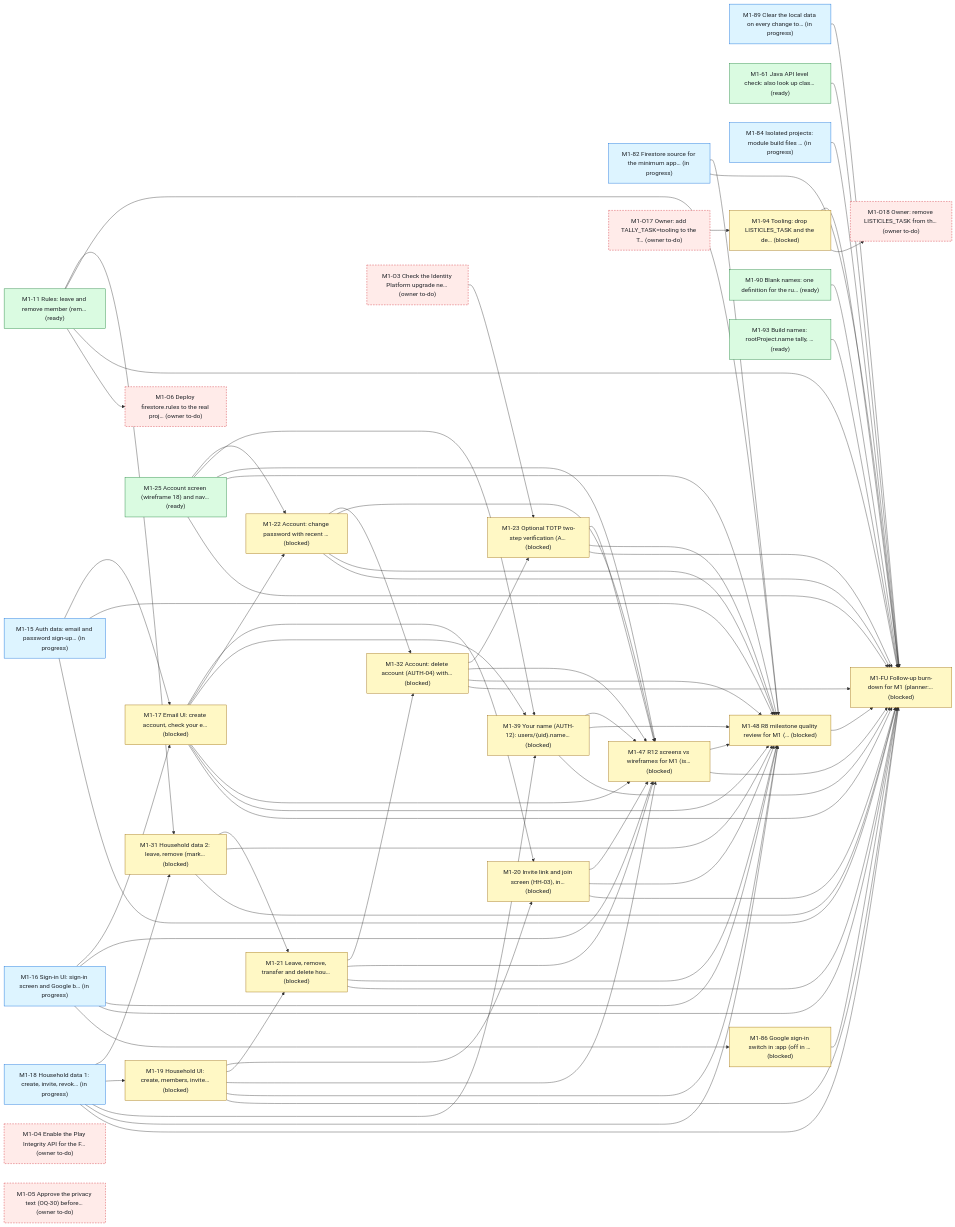
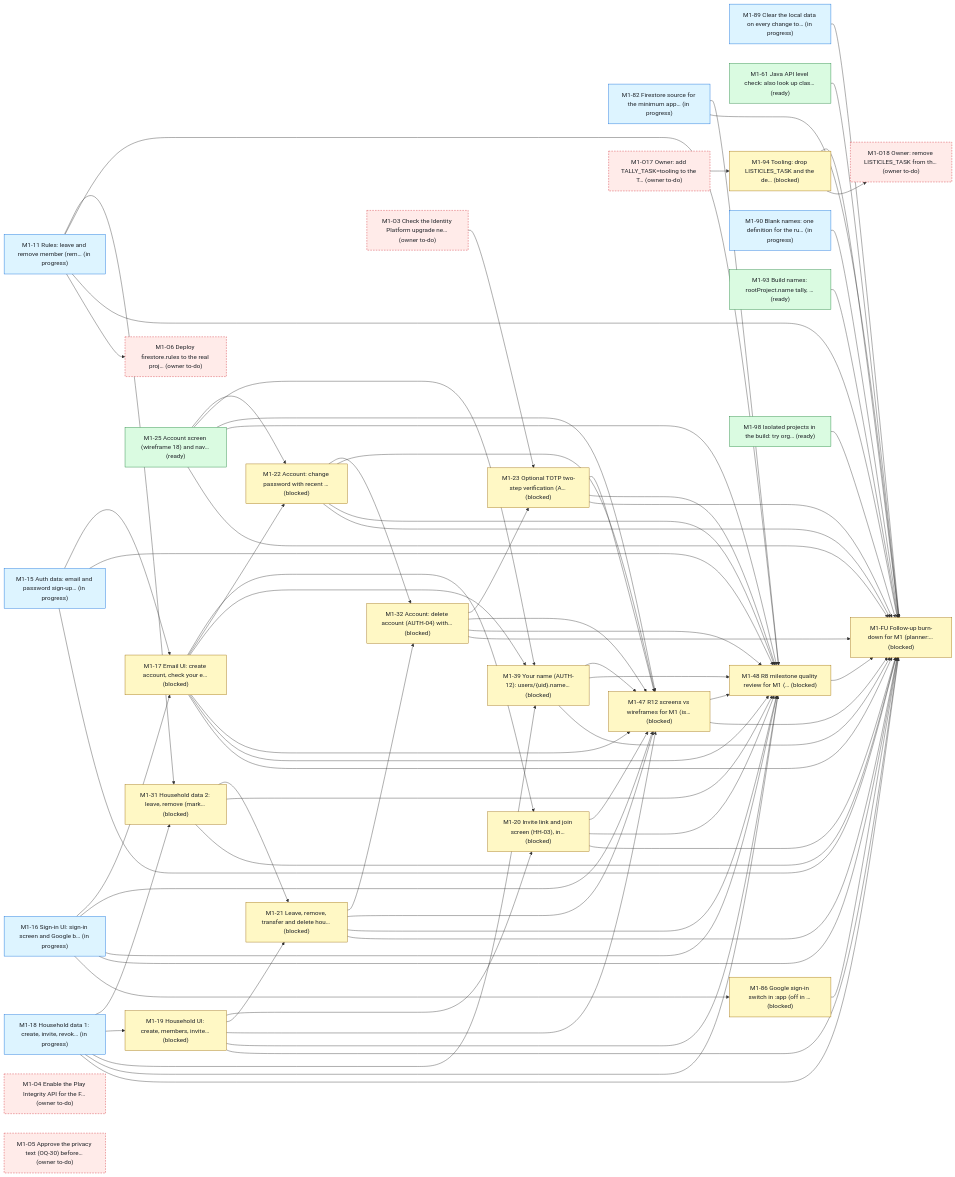
One commit to bondo/listicles2 changed the first of 4 diagrams in status.md. Above: the diagram before and after it, drawn with Mermaid. The commit also changed other lines of this file and 3 other files, not shown here.

````diff
--- a/status.md
+++ b/status.md
@@ -239,6 +240,6 @@
 ```mermaid
 flowchart LR
-    n0["M1-11 Rules: leave and remove member (rem… (ready)"]:::ready
+    n0["M1-11 Rules: leave and remove member (rem… (in progress)"]:::progress
     n1["M1-82 Firestore source for the minimum app… (in progress)"]:::progress
     n2["M1-89 Clear the local data on every change to… (in progress)"]:::progress
     n3["M1-15 Auth data: email and password sign-up… (in progress)"]:::progress
@@ -255,18 +256,18 @@
     n14["M1-25 Account screen (wireframe 18) and nav… (ready)"]:::ready
     n15["M1-61 Java API level check: also look up clas… (ready)"]:::ready
     n16["M1-39 Your name (AUTH-12): users/{uid}.name… (blocked)"]:::blocked
-    n17["M1-84 Isolated projects: module build files … (in progress)"]:::progress
-    n18["M1-47 R12 screens vs wireframes for M1 (is… (blocked)"]:::blocked
-    n19["M1-48 R8 milestone quality review for M1 (… (blocked)"]:::blocked
-    n20["M1-FU Follow-up burn-down for M1 (planner:… (blocked)"]:::blocked
-    n21["M1-O3 Check the Identity Platform upgrade ne… (owner to-do)"]:::owner
-    n22["M1-O4 Enable the Play Integrity API for the F… (owner to-do)"]:::owner
-    n23["M1-O5 Approve the privacy text (OQ-30) before… (owner to-do)"]:::owner
-    n24["M1-O6 Deploy firestore.rules to the real proj… (owner to-do)"]:::owner
-    n25["M1-86 Google sign-in switch in :app (off in … (blocked)"]:::blocked
-    n26["M1-90 Blank names: one definition for the ru… (ready)"]:::ready
-    n27["M1-93 Build names: rootProject.name tally, … (ready)"]:::ready
-    n28["M1-94 Tooling: drop LISTICLES_TASK and the de… (blocked)"]:::blocked
+    n17["M1-47 R12 screens vs wireframes for M1 (is… (blocked)"]:::blocked
+    n18["M1-48 R8 milestone quality review for M1 (… (blocked)"]:::blocked
+    n19["M1-FU Follow-up burn-down for M1 (planner:… (blocked)"]:::blocked
+    n20["M1-O3 Check the Identity Platform upgrade ne… (owner to-do)"]:::owner
+    n21["M1-O4 Enable the Play Integrity API for the F… (owner to-do)"]:::owner
+    n22["M1-O5 Approve the privacy text (OQ-30) before… (owner to-do)"]:::owner
+    n23["M1-O6 Deploy firestore.rules to the real proj… (owner to-do)"]:::owner
+    n24["M1-86 Google sign-in switch in :app (off in … (blocked)"]:::blocked
+    n25["M1-90 Blank names: one definition for the ru… (in progress)"]:::progress
+    n26["M1-93 Build names: rootProject.name tally, … (ready)"]:::ready
+    n27["M1-94 Tooling: drop LISTICLES_TASK and the de… (blocked)"]:::blocked
+    n28["M1-98 Isolated projects in the build: try org… (ready)"]:::ready
     n29["M1-O17 Owner: add TALLY_TASK=tooling to the T… (owner to-do)"]:::owner
     n30["M1-O18 Owner: remove LISTICLES_TASK from th… (owner to-do)"]:::owner
     n3 --> n5
@@ -283,21 +284,42 @@
     n11 --> n12
     n10 --> n12
     n12 --> n13
-    n21 --> n13
+    n20 --> n13
     n6 --> n16
     n5 --> n16
     n14 --> n16
+    n4 --> n17
+    n5 --> n17
+    n8 --> n17
+    n9 --> n17
+    n10 --> n17
+    n11 --> n17
+    n13 --> n17
+    n14 --> n17
+    n12 --> n17
+    n16 --> n17
+    n0 --> n18
+    n3 --> n18
     n4 --> n18
     n5 --> n18
+    n6 --> n18
     n8 --> n18
     n9 --> n18
     n10 --> n18
     n11 --> n18
     n13 --> n18
     n14 --> n18
+    n7 --> n18
     n12 --> n18
     n16 --> n18
+    n17 --> n18
+    n1 --> n18
+    n2 --> n19
+    n25 --> n19
     n0 --> n19
+    n26 --> n19
+    n27 --> n19
+    n28 --> n19
     n3 --> n19
     n4 --> n19
     n5 --> n19
@@ -311,36 +333,15 @@
     n7 --> n19
     n12 --> n19
     n16 --> n19
+    n17 --> n19
     n18 --> n19
+    n15 --> n19
     n1 --> n19
-    n2 --> n20
-    n26 --> n20
-    n0 --> n20
-    n27 --> n20
-    n28 --> n20
-    n3 --> n20
-    n4 --> n20
-    n5 --> n20
-    n6 --> n20
-    n8 --> n20
-    n9 --> n20
-    n10 --> n20
-    n11 --> n20
-    n13 --> n20
-    n14 --> n20
-    n7 --> n20
-    n12 --> n20
-    n16 --> n20
-    n18 --> n20
-    n19 --> n20
-    n15 --> n20
-    n1 --> n20
-    n17 --> n20
-    n25 --> n20
-    n0 --> n24
-    n4 --> n25
-    n29 --> n28
-    n28 --> n30
+    n24 --> n19
+    n0 --> n23
+    n4 --> n24
+    n29 --> n27
+    n27 --> n30
     classDef ready fill:#dafbe1,stroke:#1a7f37,color:#1f2328
     classDef progress fill:#ddf4ff,stroke:#0969da,color:#1f2328
     classDef blocked fill:#fff8c5,stroke:#9a6700,color:#1f2328
````
